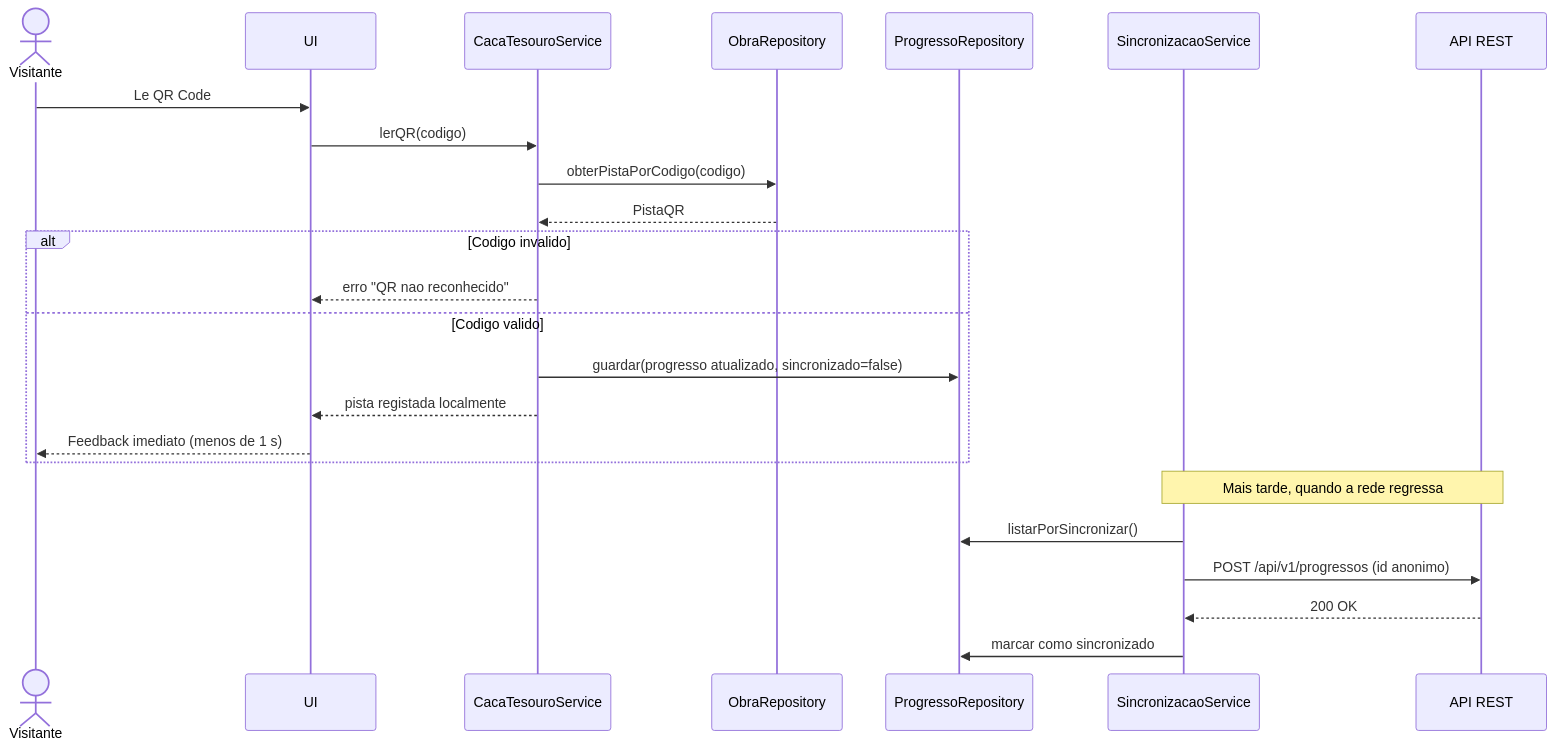
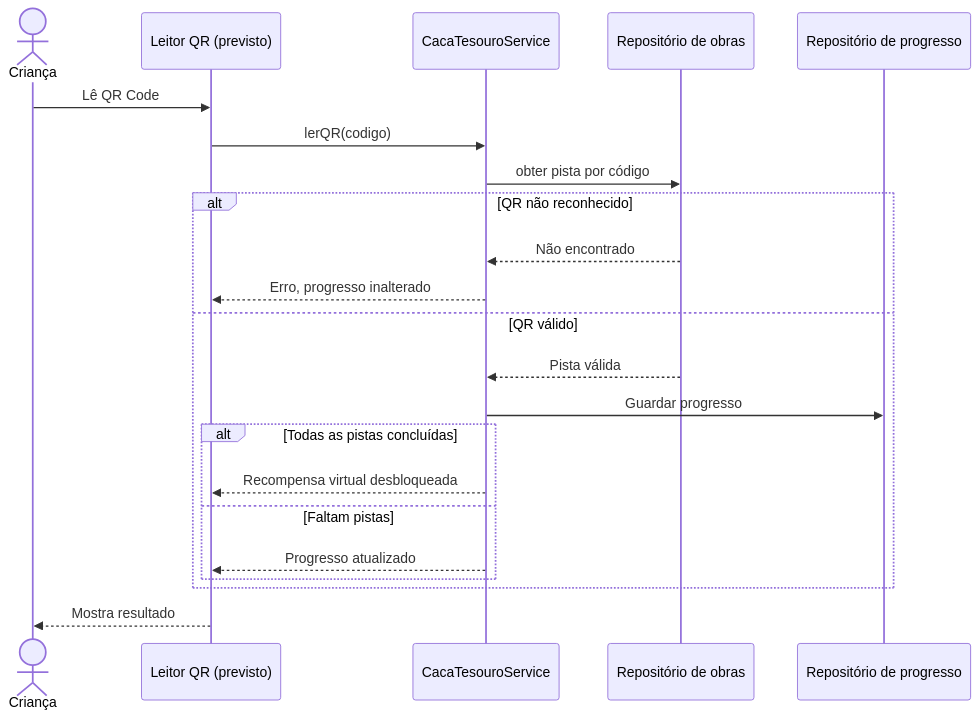
One commit to PedroRodriguesUFP/Projeto-de-ESOF changed the fifth of 6 diagrams in docs/arquitetura.md. Above: the diagram before and after it, drawn with Mermaid. The commit also changed other lines of this file and 3 other files, not shown here.

````diff
--- a/docs/arquitetura.md
+++ b/docs/arquitetura.md
@@ -253,27 +167,24 @@
 ```mermaid
 sequenceDiagram
-    actor V as Visitante
-    participant UI as UI
+    actor C as Criança
+    participant UI as Leitor QR (previsto)
     participant CS as CacaTesouroService
-    participant OR as ObraRepository
-    participant PR as ProgressoRepository
-    participant SS as SincronizacaoService
-    participant RA as API REST
-
-    V->>UI: Le QR Code
+    participant OR as Repositório de obras
+    participant PR as Repositório de progresso
+    C->>UI: Lê QR Code
     UI->>CS: lerQR(codigo)
-    CS->>OR: obterPistaPorCodigo(codigo)
-    OR-->>CS: PistaQR
-    alt Codigo invalido
-        CS-->>UI: erro "QR nao reconhecido"
-    else Codigo valido
-        CS->>PR: guardar(progresso atualizado, sincronizado=false)
-        CS-->>UI: pista registada localmente
-        UI-->>V: Feedback imediato (menos de 1 s)
+    CS->>OR: obter pista por código
+    alt QR não reconhecido
+        OR-->>CS: Não encontrado
+        CS-->>UI: Erro, progresso inalterado
+    else QR válido
+        OR-->>CS: Pista válida
+        CS->>PR: Guardar progresso
+        alt Todas as pistas concluídas
+            CS-->>UI: Recompensa virtual desbloqueada
+        else Faltam pistas
+            CS-->>UI: Progresso atualizado
+        end
     end
-    Note over SS,RA: Mais tarde, quando a rede regressa
-    SS->>PR: listarPorSincronizar()
-    SS->>RA: POST /api/v1/progressos (id anonimo)
-    RA-->>SS: 200 OK
-    SS->>PR: marcar como sincronizado
+    UI-->>C: Mostra resultado
 ```
````
